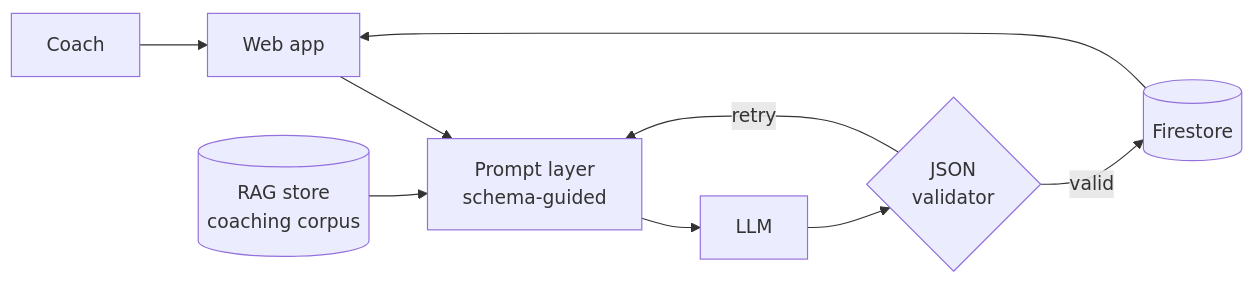
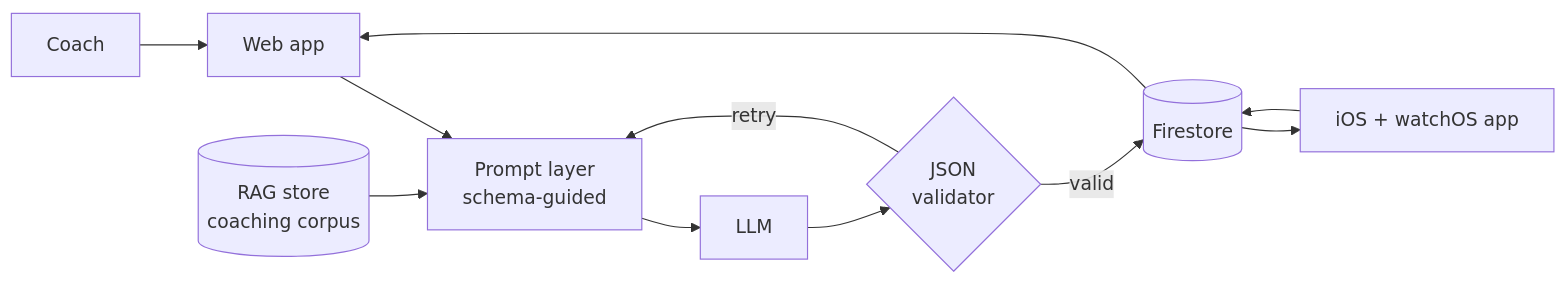
One commit to mlabenski/mlabenski changed the diagram in README.md. Above: the diagram before and after it, drawn with Mermaid. The commit also changed other lines of this file, not shown here.

Commit message:
Polish README: App Store badge, hero badge row, iOS node in diagram

````diff
--- a/README.md
+++ b/README.md
@@ -30,11 +42,13 @@
 ```mermaid
 flowchart LR
     U[Coach] --> W[Web app]
+    A[iOS + watchOS app] --> F
     W --> P[Prompt layer<br/>schema-guided]
     P --> L[LLM]
     R[(RAG store<br/>coaching corpus)] --> P
     L --> V{JSON<br/>validator}
     V -->|valid| F[(Firestore)]
     V -->|retry| P
     F --> W
+    F --> A
 ```
````
